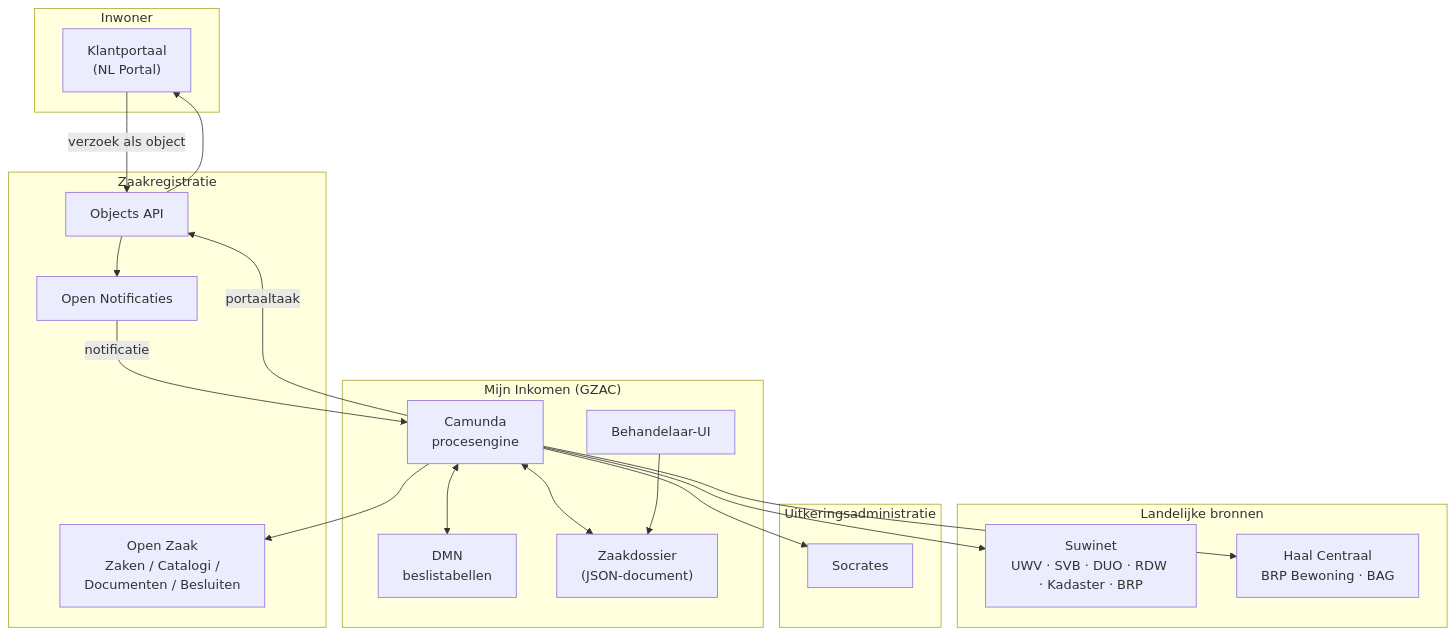
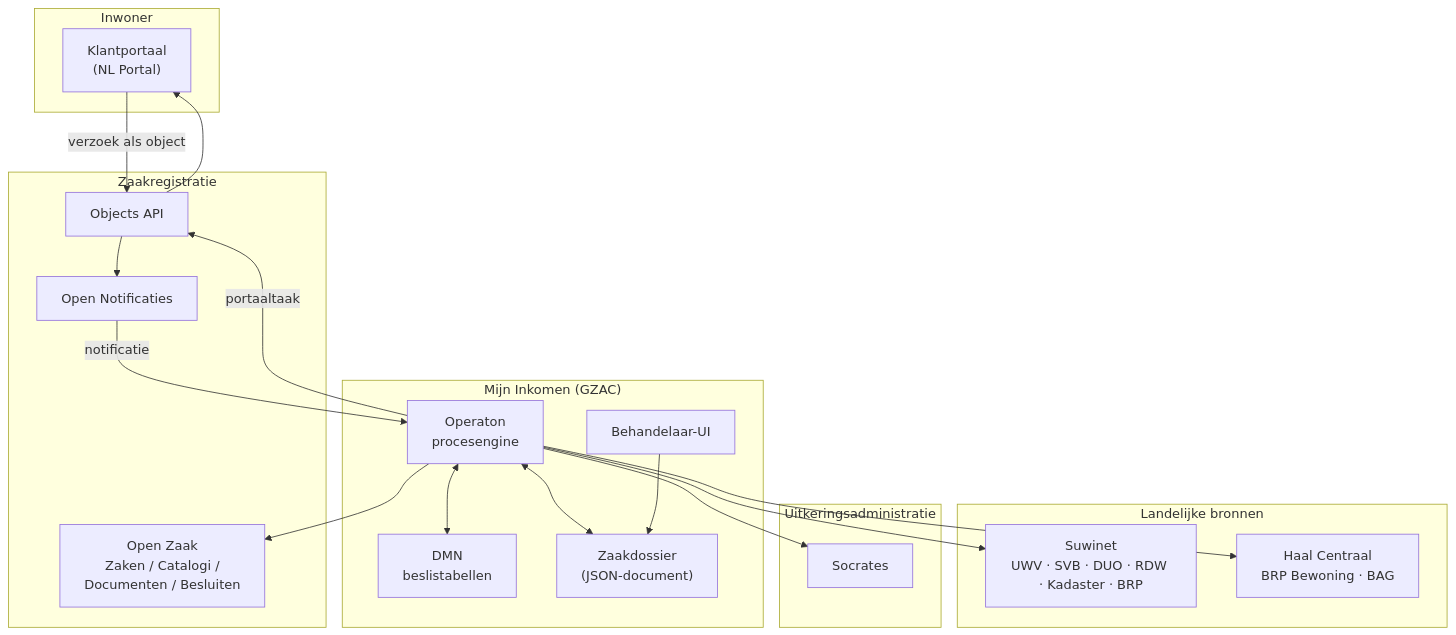
The first of 3 diagrams in overzicht/architectuur.md (generiekzaakafhandelcomponent/mijn-inkomen-documentatie), drawn with Mermaid before and after one commit. The commit also changed other lines of this file and 12 other files, not shown here.

````diff
--- a/overzicht/architectuur.md
+++ b/overzicht/architectuur.md
@@ -11,41 +11,41 @@
 ```mermaid
 flowchart TB
     subgraph burger["Inwoner"]
         portaal["Klantportaal<br/>(NL Portal)"]
     end
 
     subgraph gzac["Mijn Inkomen (GZAC)"]
-        engine["Camunda<br/>procesengine"]
+        engine["Operaton<br/>procesengine"]
         dmn["DMN<br/>beslistabellen"]
         doc["Zaakdossier<br/>(JSON-document)"]
         ui["Behandelaar-UI"]
     end
 
     subgraph registratie["Zaakregistratie"]
         oz["Open Zaak<br/>Zaken / Catalogi /<br/>Documenten / Besluiten"]
         obj["Objects API"]
         notif["Open Notificaties"]
     end
 
     subgraph bronnen["Landelijke bronnen"]
         suwi["Suwinet<br/>UWV · SVB · DUO · RDW · Kadaster · BRP"]
         hc["Haal Centraal<br/>BRP Bewoning · BAG"]
     end
 
     subgraph admin["Uitkeringsadministratie"]
         soc["Socrates"]
     end
 
     portaal -->|verzoek als object| obj
     obj --> notif
     notif -->|notificatie| engine
     engine <--> dmn
     engine <--> doc
     engine --> oz
     engine --> suwi
     engine --> hc
     engine --> soc
     engine -->|portaaltaak| obj
     obj --> portaal
     ui --> doc
 ```
````
